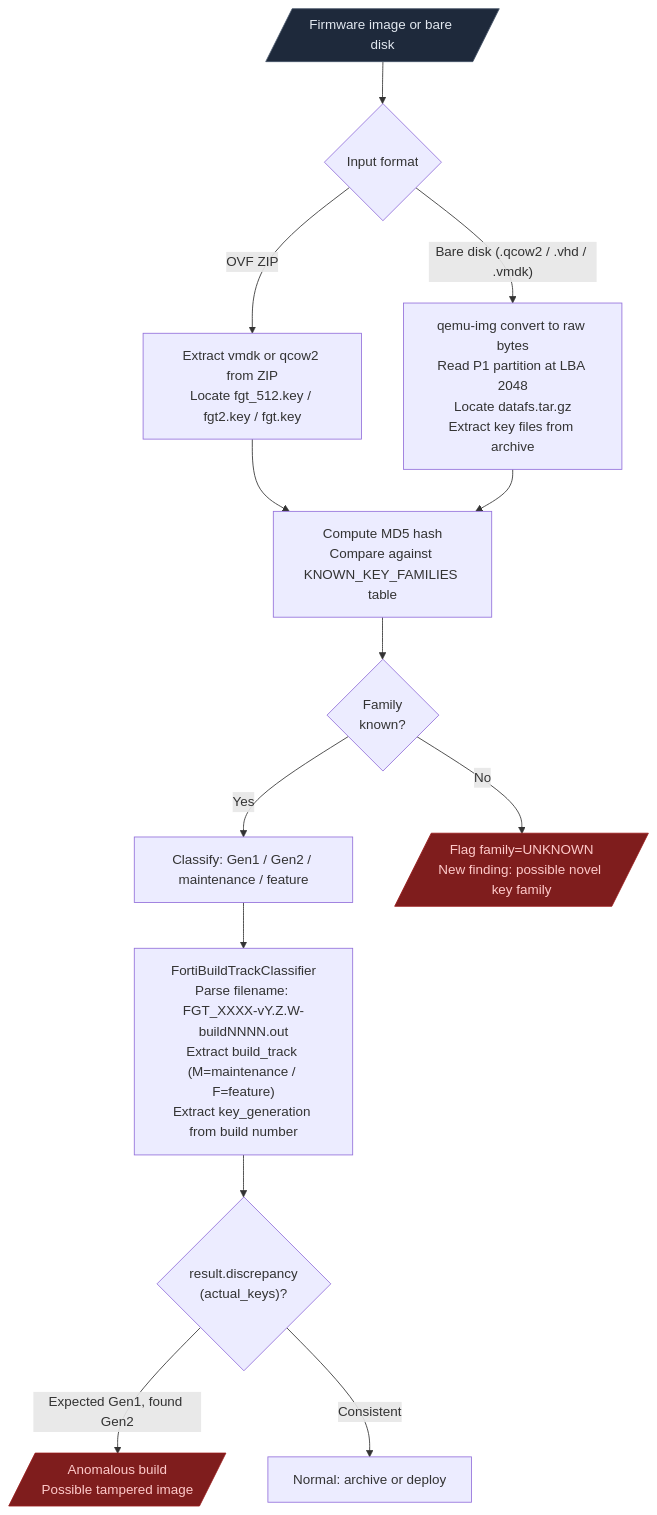
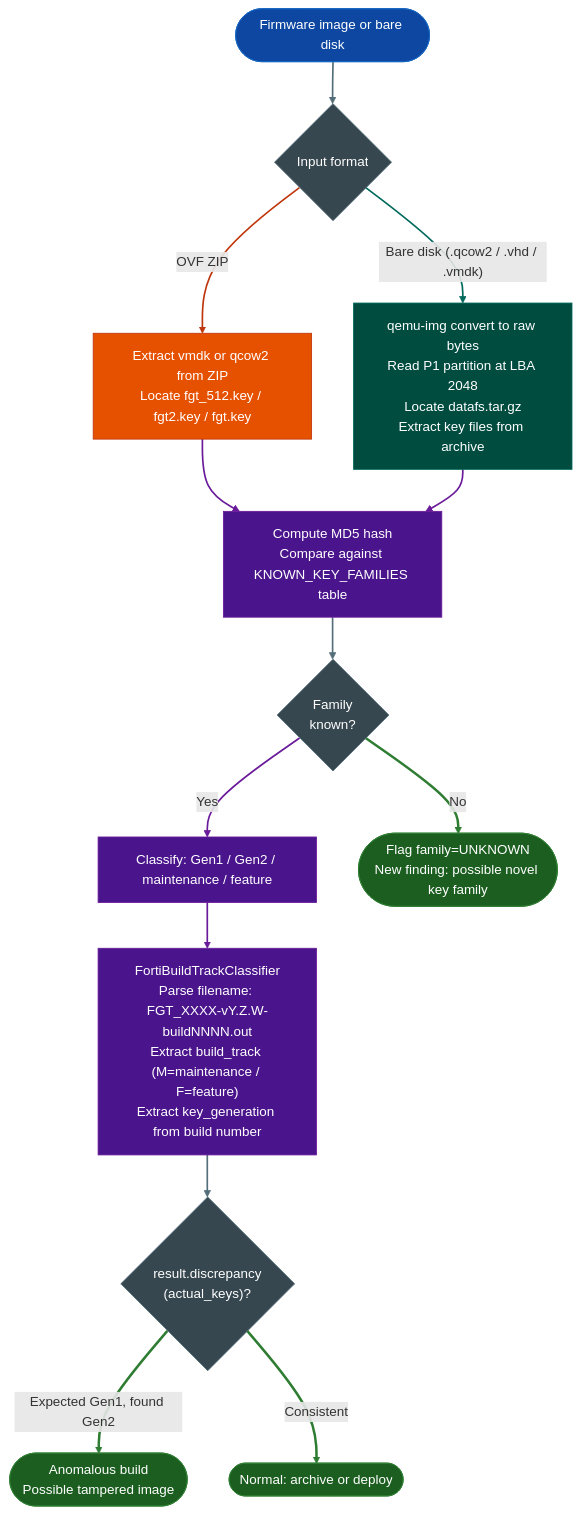
The second of 3 diagrams in docs/reference-modules/firmware-analysis.md (Ablation-Tool/ablation), drawn with Mermaid before and after one commit. The commit also changed other lines of this file and 320 other files, not shown here.

First line of the commit message:
docs: apply canonical Mermaid template to all 321 diagrams

````diff
--- a/docs/reference-modules/firmware-analysis.md
+++ b/docs/reference-modules/firmware-analysis.md
@@ -79,23 +90,37 @@
 ```mermaid
 flowchart TD
-    A[/"Firmware image or bare disk"/] --> B{"Input format"}
-    B -->|"OVF ZIP"| C["Extract vmdk or qcow2 from ZIP\nLocate fgt_512.key / fgt2.key / fgt.key"]
-    B -->|"Bare disk (.qcow2 / .vhd / .vmdk)"| D["qemu-img convert to raw bytes\nRead P1 partition at LBA 2048\nLocate datafs.tar.gz\nExtract key files from archive"]
+    A(["Firmware image or bare disk"]):::input --> B{"Input format"}:::neutral
+    B:::neutral -->|"OVF ZIP"| C["Extract vmdk or qcow2 from ZIP\nLocate fgt_512.key / fgt2.key / fgt.key"]:::primary
+    B:::neutral -->|"Bare disk (.qcow2 / .vhd / .vmdk)"| D["qemu-img convert to raw bytes\nRead P1 partition at LBA 2048\nLocate datafs.tar.gz\nExtract key files from archive"]:::secondary
 
-    C --> E["Compute MD5 hash\nCompare against KNOWN_KEY_FAMILIES table"]
-    D --> E
+    C:::primary --> E["Compute MD5 hash\nCompare against KNOWN_KEY_FAMILIES table"]:::tertiary
+    D:::secondary --> E:::tertiary
 
-    E --> F{"Family\nknown?"}
-    F -->|Yes| G["Classify: Gen1 / Gen2 / maintenance / feature"]
-    F -->|No| H[/"Flag family=UNKNOWN\nNew finding: possible novel key family"/]
+    E:::tertiary --> F{"Family\nknown?"}:::neutral
+    F:::neutral -->|Yes| G["Classify: Gen1 / Gen2 / maintenance / feature"]:::tertiary
+    F:::neutral -->|No| H(["Flag family=UNKNOWN\nNew finding: possible novel key family"]):::output
 
-    G --> I["FortiBuildTrackClassifier\nParse filename: FGT_XXXX-vY.Z.W-buildNNNN.out\nExtract build_track (M=maintenance / F=feature)\nExtract key_generation from build number"]
+    G:::tertiary --> I["FortiBuildTrackClassifier\nParse filename: FGT_XXXX-vY.Z.W-buildNNNN.out\nExtract build_track (M=maintenance / F=feature)\nExtract key_generation from build number"]:::tertiary
 
-    I --> J{"result.discrepancy\n(actual_keys)?"}
-    J -->|"Expected Gen1, found Gen2"| K[/"Anomalous build\nPossible tampered image"/]
-    J -->|Consistent| L["Normal: archive or deploy"]
-
-    style A fill:#1e293b,stroke:#475569,color:#e2e8f0
-    style H fill:#7f1d1d,stroke:#991b1b,color:#fecaca
-    style K fill:#7f1d1d,stroke:#991b1b,color:#fecaca
+    I:::tertiary --> J{"result.discrepancy\n(actual_keys)?"}:::neutral
+    J:::neutral -->|"Expected Gen1, found Gen2"| K(["Anomalous build\nPossible tampered image"]):::output
+    J:::neutral -->|Consistent| L(["Normal: archive or deploy"]):::output
+    classDef input     fill:#0d47a1,stroke:#1565c0,color:#fff
+    classDef primary   fill:#e65100,stroke:#bf360c,color:#fff
+    classDef secondary fill:#004d40,stroke:#00695c,color:#fff
+    classDef tertiary  fill:#4a148c,stroke:#6a1b9a,color:#fff
+    classDef neutral   fill:#37474f,stroke:#546e7a,color:#fff
+    classDef output    fill:#1b5e20,stroke:#2e7d32,color:#fff
+    linkStyle 0 stroke:#546e7a,stroke-width:2px
+    linkStyle 1 stroke:#bf360c,stroke-width:2px
+    linkStyle 2 stroke:#00695c,stroke-width:2px
+    linkStyle 3 stroke:#6a1b9a,stroke-width:2px
+    linkStyle 4 stroke:#6a1b9a,stroke-width:2px
+    linkStyle 5 stroke:#546e7a,stroke-width:2px
+    linkStyle 6 stroke:#6a1b9a,stroke-width:2px
+    linkStyle 7 stroke:#2e7d32,stroke-width:3px
+    linkStyle 8 stroke:#6a1b9a,stroke-width:2px
+    linkStyle 9 stroke:#546e7a,stroke-width:2px
+    linkStyle 10 stroke:#2e7d32,stroke-width:3px
+    linkStyle 11 stroke:#2e7d32,stroke-width:3px
 ```
````
